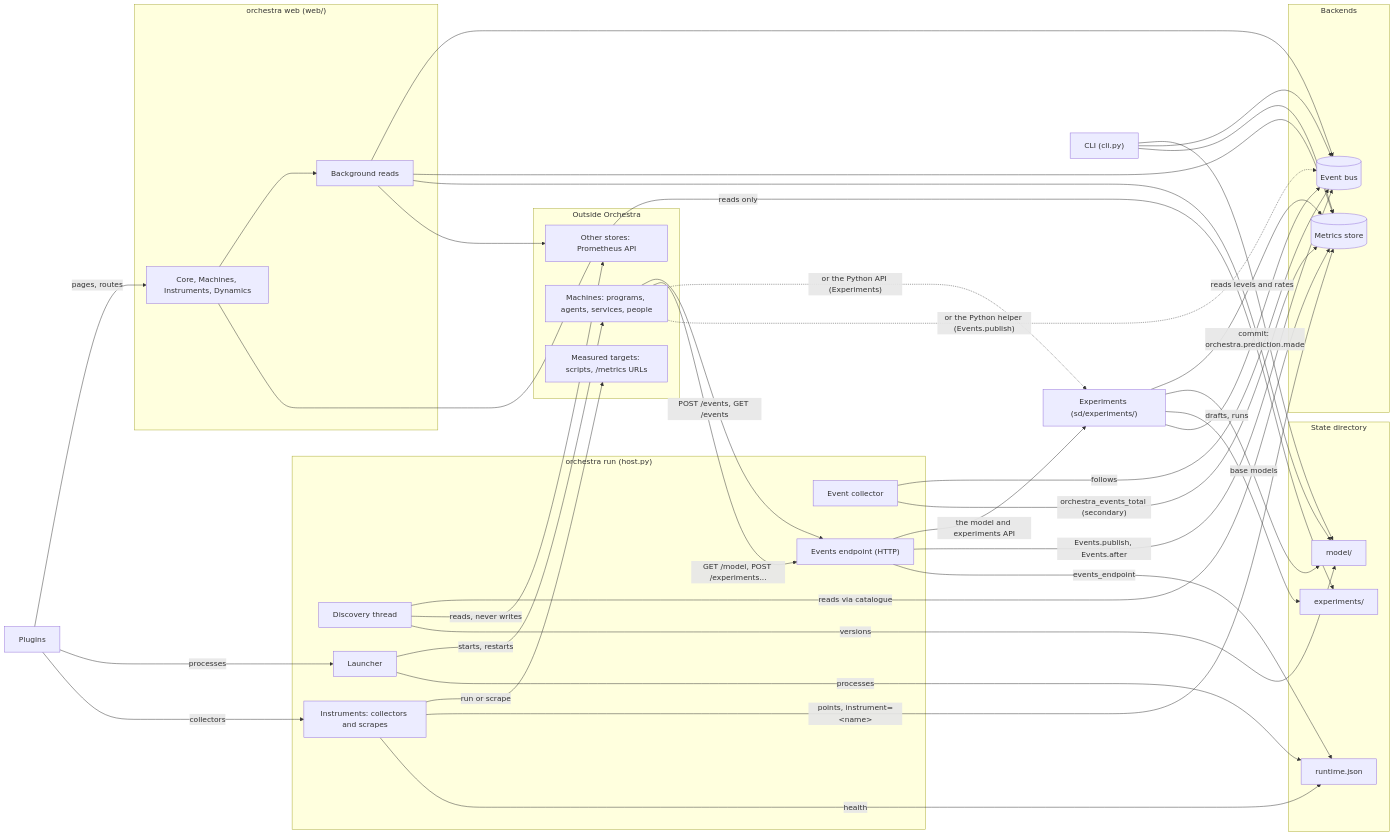
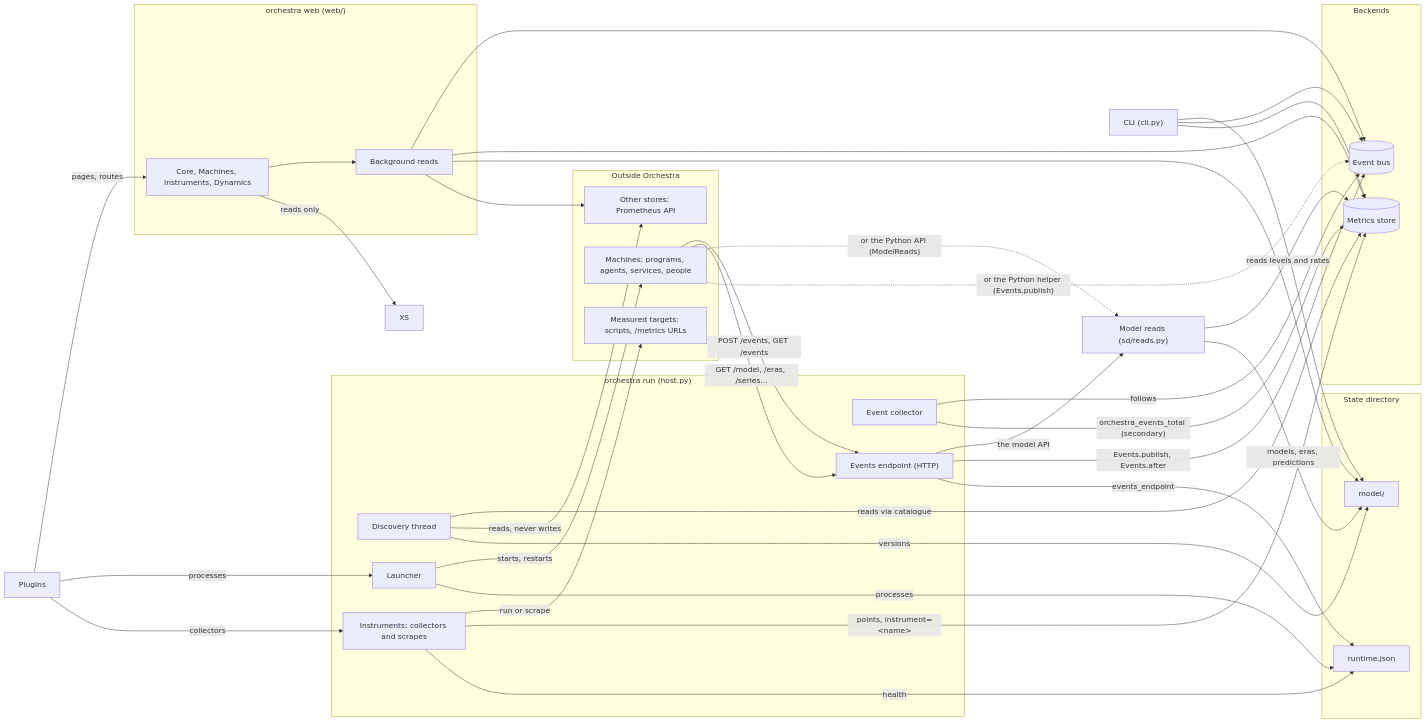
Before and after one commit to danroblewis/orchestra: the first of 10 diagrams in ARCHITECTURE.md, drawn with Mermaid. The commit also changed other lines of this file and 53 other files, not shown here.

````diff
--- a/ARCHITECTURE.md
+++ b/ARCHITECTURE.md
@@ -44,65 +44,62 @@
 ```mermaid
 flowchart LR
   subgraph outside["Outside Orchestra"]
     M["Machines: programs, agents, services, people"]
     T["Measured targets: scripts, /metrics URLs"]
     R["Other stores: Prometheus API"]
   end
   subgraph host["orchestra run (host.py)"]
     EC["Event collector"]
     DI["Discovery thread"]
     LA["Launcher"]
     CO["Instruments: collectors and scrapes"]
     EP["Events endpoint (HTTP)"]
   end
   subgraph stores["Backends"]
     BUS[("Event bus")]
     MET[("Metrics store")]
   end
   subgraph state["State directory"]
     RT["runtime.json"]
     MS["model/"]
-    XS["experiments/"]
   end
-  EX["Experiments (sd/experiments/)"]
+  EX["Model reads (sd/reads.py)"]
   subgraph web["orchestra web (web/)"]
     BG["Background reads"]
     UI["Core, Machines, Instruments, Dynamics"]
   end
   PL["Plugins"]
   CLI["CLI (cli.py)"]
 
   M -- "POST /events, GET /events" --> EP
-  M -- "GET /model, POST /experiments..." --> EP
-  EP -- "the model and experiments API" --> EX
-  M -. "or the Python API (Experiments)" .-> EX
+  M -- "GET /model, /eras, /series..." --> EP
+  EP -- "the model API" --> EX
+  M -. "or the Python API (ModelReads)" .-> EX
   EX -- "reads levels and rates" --> MET
-  EX -- "base models" --> MS
-  EX -- "drafts, runs" --> XS
-  EX -- "commit: orchestra.prediction.made" --> BUS
+  EX -- "models, eras, predictions" --> MS
   EP -- "Events.publish, Events.after" --> BUS
   M -. "or the Python helper (Events.publish)" .-> BUS
   LA -- "starts, restarts" --> M
   CO -- "run or scrape" --> T
   CO -- "points, instrument=#lt;name#gt;" --> MET
   CO -- "health" --> RT
   EC -- "follows" --> BUS
   EC -- "orchestra_events_total (secondary)" --> MET
   DI -- "reads via catalogue" --> MET
   DI -- "reads, never writes" --> R
   DI -- "versions" --> MS
   LA -- "processes" --> RT
   EP -- "events_endpoint" --> RT
   BG --> BUS
   BG --> MET
   BG --> MS
   BG --> R
   UI --> BG
   UI -- "reads only" --> XS
   PL -- "pages, routes" --> UI
   PL -- "processes" --> LA
   PL -- "collectors" --> CO
   CLI --> MS
   CLI --> BUS
   CLI --> MET
 ```
````
